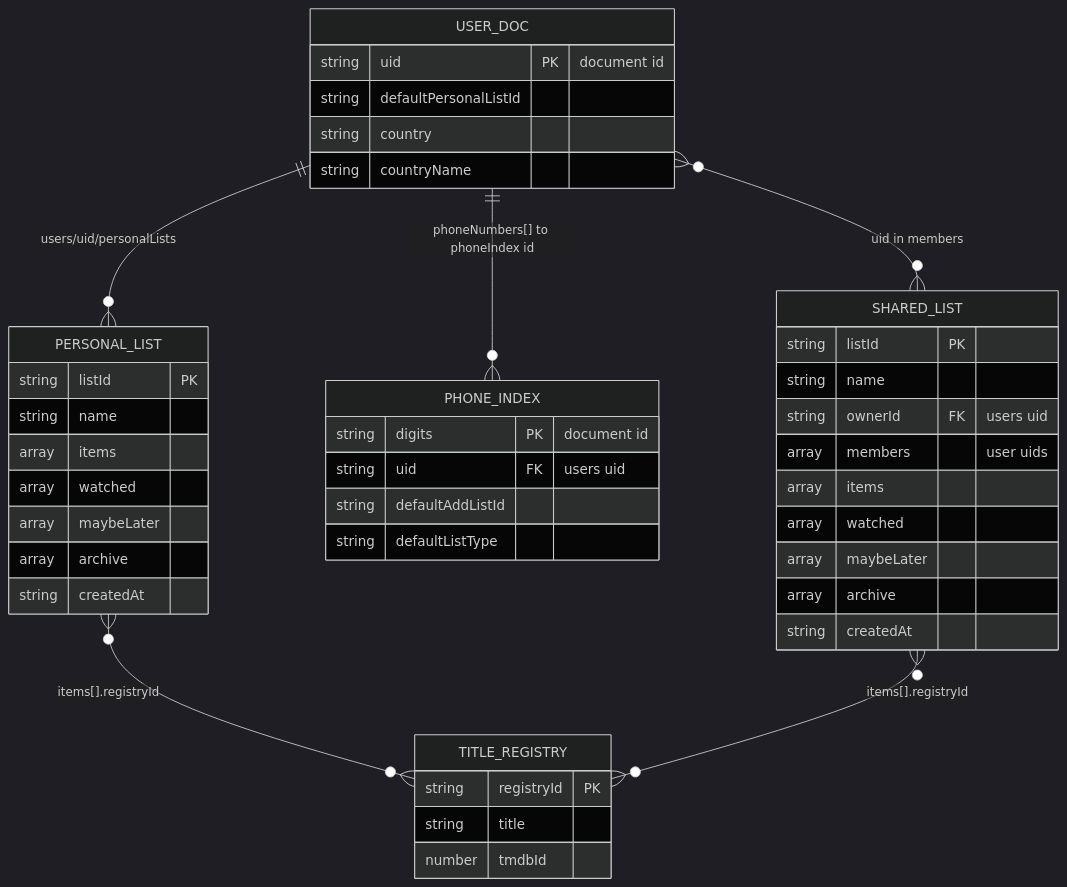
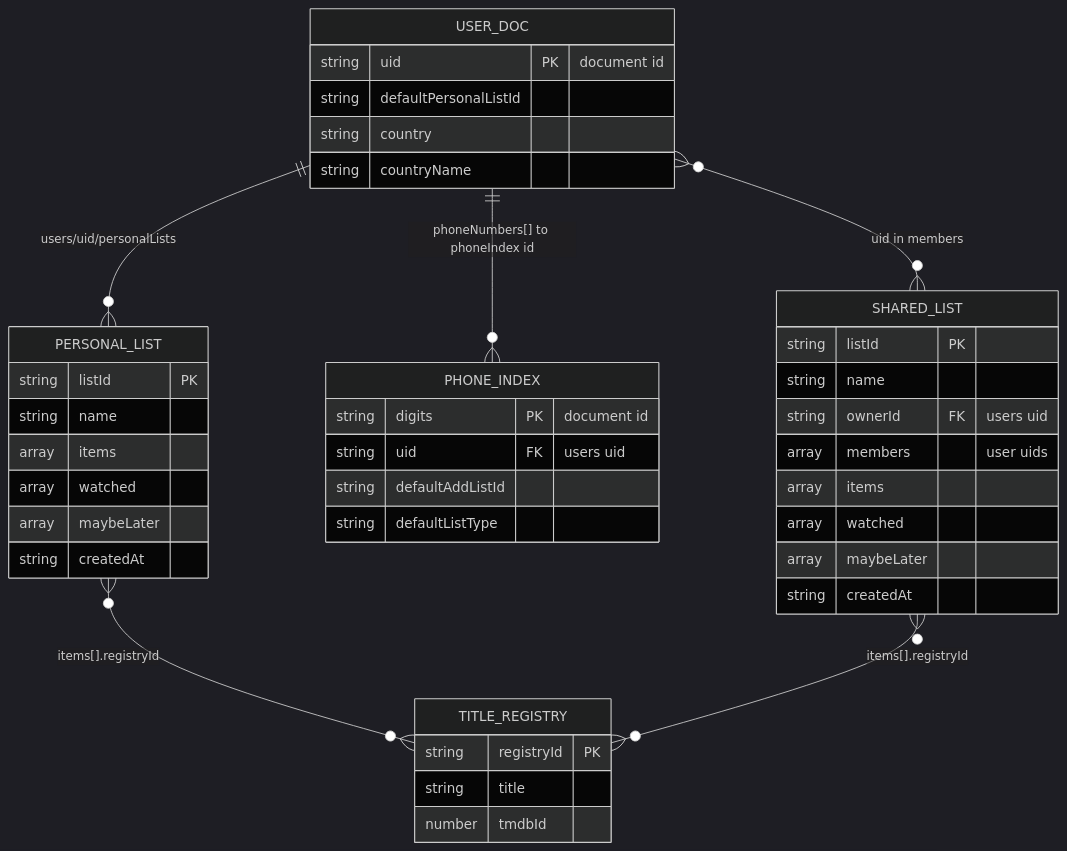
The fourth of 5 diagrams in system-design.md (maulbogat/watchlist-app), drawn with Mermaid (dark theme) before and after one commit. The commit also changed other lines of this file and 30 other files, not shown here.

````diff
--- a/system-design.md
+++ b/system-design.md
@@ -607,45 +609,43 @@
 ```mermaid
 erDiagram
   USER_DOC ||--o{ PERSONAL_LIST : "users/uid/personalLists"
   USER_DOC ||--o{ PHONE_INDEX : "phoneNumbers[] to phoneIndex id"
   USER_DOC {
     string uid PK "document id"
     string defaultPersonalListId
     string country
     string countryName
   }
   PHONE_INDEX {
     string digits PK "document id"
     string uid FK "users uid"
     string defaultAddListId
     string defaultListType
   }
   PERSONAL_LIST {
     string listId PK
     string name
     array items
     array watched
     array maybeLater
-    array archive
     string createdAt
   }
   SHARED_LIST {
     string listId PK
     string name
     string ownerId FK "users uid"
     array members "user uids"
     array items
     array watched
     array maybeLater
-    array archive
     string createdAt
   }
   USER_DOC }o--o{ SHARED_LIST : "uid in members"
   TITLE_REGISTRY {
     string registryId PK
     string title
     number tmdbId
   }
   PERSONAL_LIST }o--o{ TITLE_REGISTRY : "items[].registryId"
   SHARED_LIST }o--o{ TITLE_REGISTRY : "items[].registryId"
 ```
````
